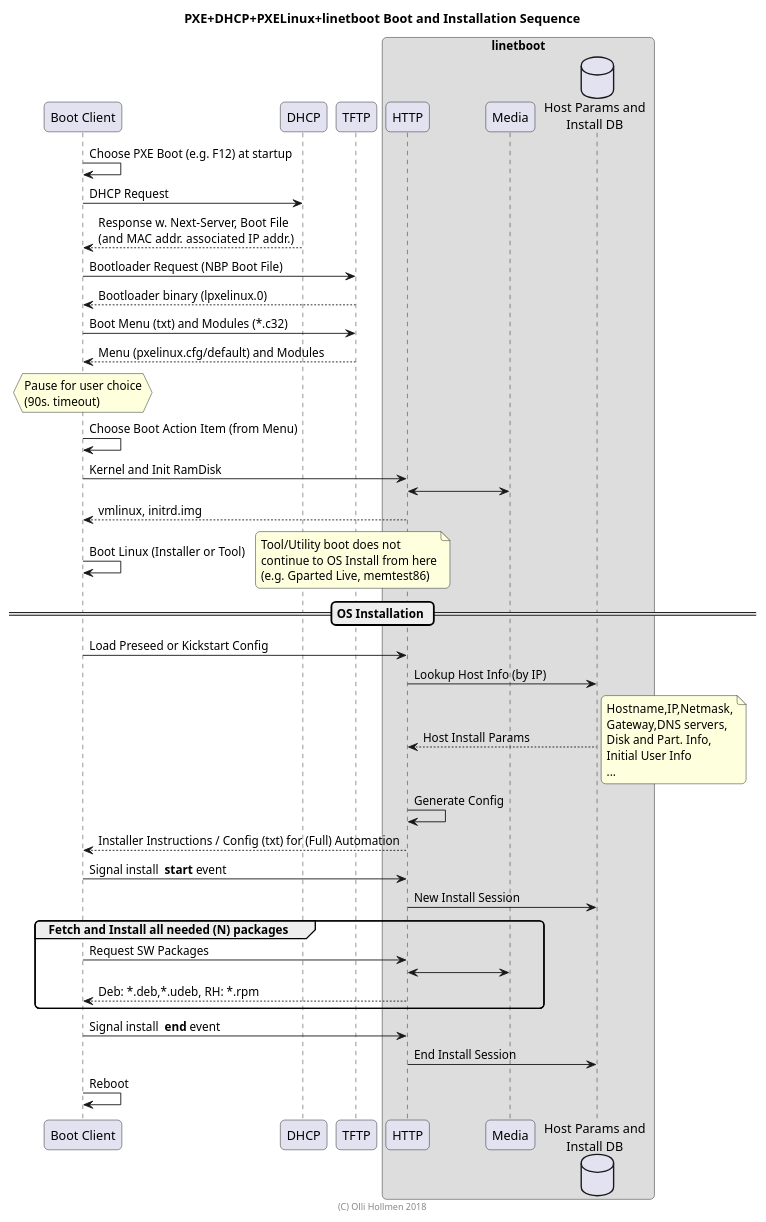
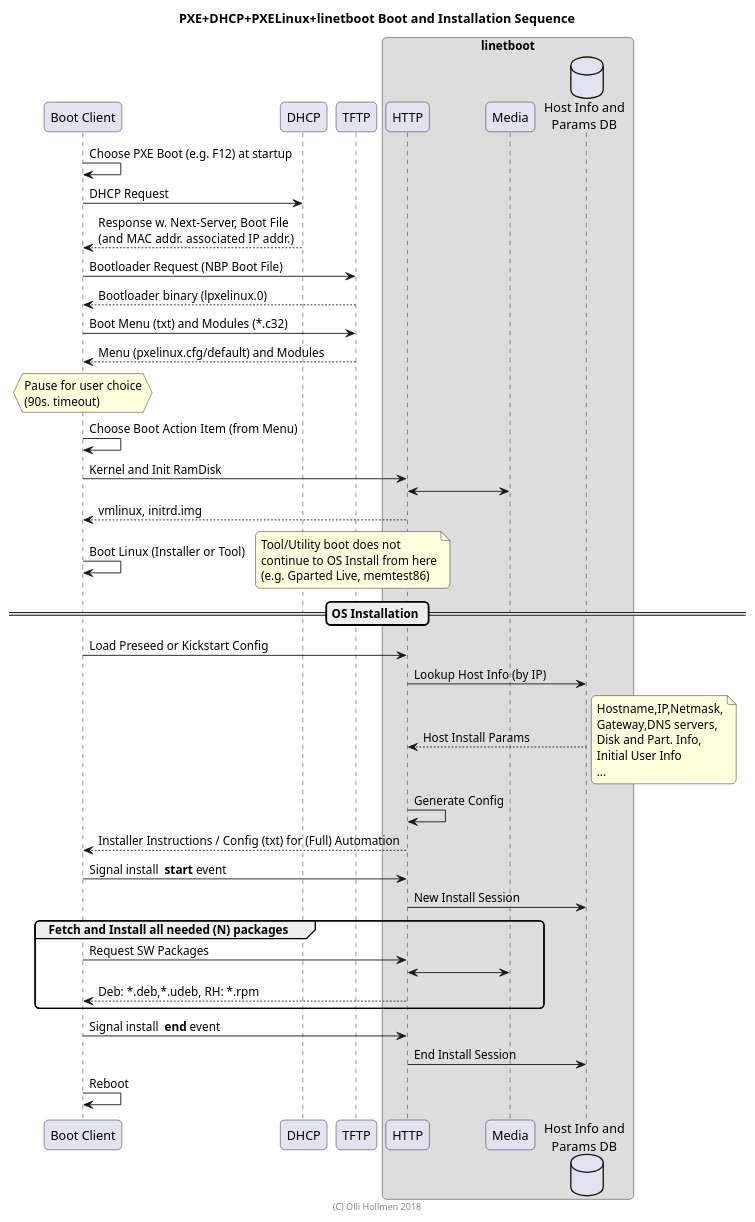
The diagram in doc/netbootseq.plantuml (ohollmen/linetboot), drawn with PlantUML before and after one commit. The commit also changed 6 other files, not shown here.

```diff
--- a/doc/netbootseq.plantuml
+++ b/doc/netbootseq.plantuml
@@ -1,75 +1,75 @@
 @startuml
 skinparam roundcorner 10
 title PXE+DHCP+PXELinux+linetboot Boot and Installation Sequence
 
 ' order 10 - only supported in later plantuml. Unnecessary if you keep below in order.
 participant "Boot Client" as Client
 'database DHCP
 participant DHCP
 participant TFTP
 
 box "linetboot"
 ' When used w/o Box (above)
 'participant "**linetboot** / HTTP" as HTTP
 participant HTTP
 participant Media
 'participant "Host Params and Install DB" as HP
-database "Host Params and\nInstall DB" as HP
+database "Host Info and\nParams DB" as HP
 end box
 
 ' "database" declared here instead of above messes up the order
 
 Client -> Client: Choose PXE Boot (e.g. F12) at startup
 Client -> DHCP: DHCP Request
 DHCP --> Client: Response w. Next-Server, Boot File\n(and MAC addr. associated IP addr.)
 
 Client -> TFTP: Bootloader Request (NBP Boot File)
 Client <-- TFTP: Bootloader binary (lpxelinux.0)
 
 Client -> TFTP: Boot Menu (txt) and Modules (*.c32)
 Client <-- TFTP: Menu (pxelinux.cfg/default) and Modules
 
 hnote over Client : Pause for user choice\n(90s. timeout)
 
 '...90 s. timeout ...
 
 Client->Client: Choose Boot Action Item (from Menu)
 
 Client -> HTTP: Kernel and Init RamDisk
 HTTP <-> Media
 Client <-- HTTP: vmlinux, initrd.img
 
 Client -> Client: Boot Linux (Installer or Tool)
 
 note right: Tool/Utility boot does not\ncontinue to OS Install from here\n(e.g. Gparted Live, memtest86)
 
 == OS Installation ==
 
 Client -> HTTP: Load Preseed or Kickstart Config
 
 HTTP -> HP: Lookup Host Info (by IP)
 HTTP <-- HP: Host Install Params
 note right: Hostname,IP,Netmask,\nGateway,DNS servers,\nDisk and Part. Info,\nInitial User Info\n...
 
 HTTP -> HTTP: Generate Config
 
 Client <-- HTTP: Installer Instructions / Config (txt) for (Full) Automation
 
 Client -> HTTP: Signal install  **start** event
 HTTP -> HP: New Install Session
 '== Fetch and Install all needed (N) packages ==
 
 group Fetch and Install all needed (N) packages
 Client -> HTTP: Request SW Packages
 HTTP <-> Media
 Client <-- HTTP: Deb: *.deb,*.udeb, RH: *.rpm
 end
 'Client -> Client: Install
 
 Client -> HTTP: Signal install  **end** event
 HTTP -> HP: End Install Session
 Client -> Client: Reboot
 
 footer (C) Olli Hollmen 2018
 
 @enduml
```
